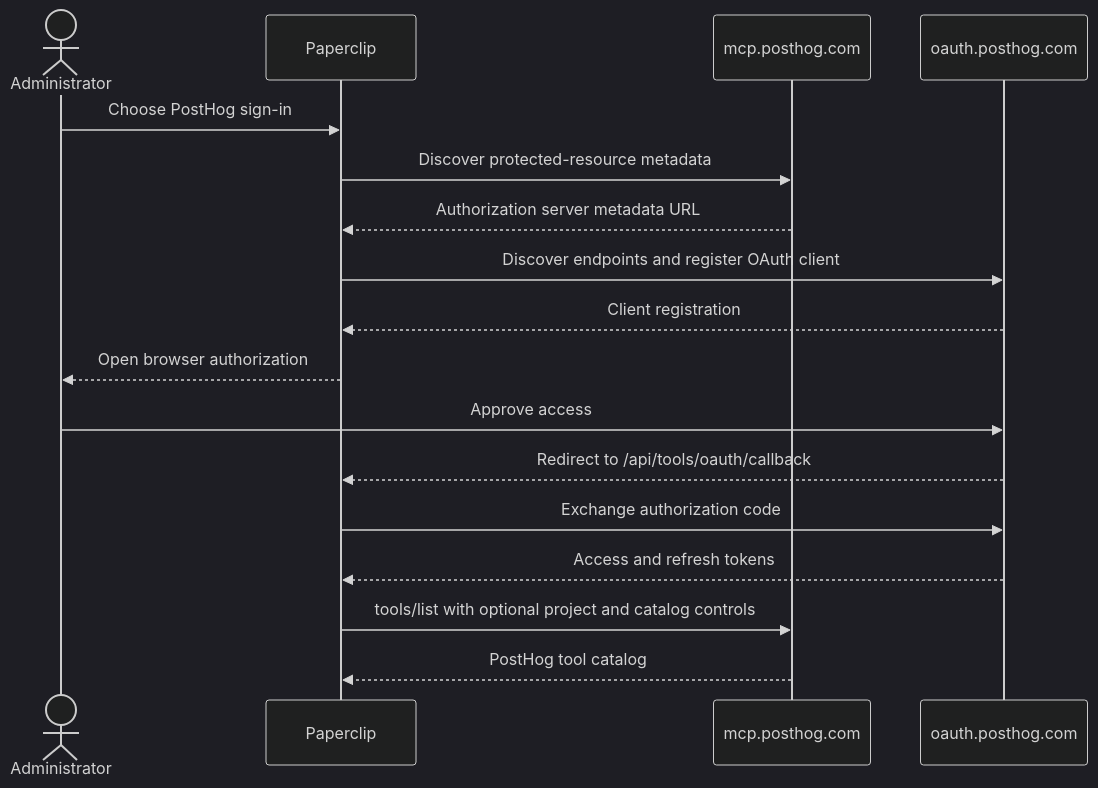
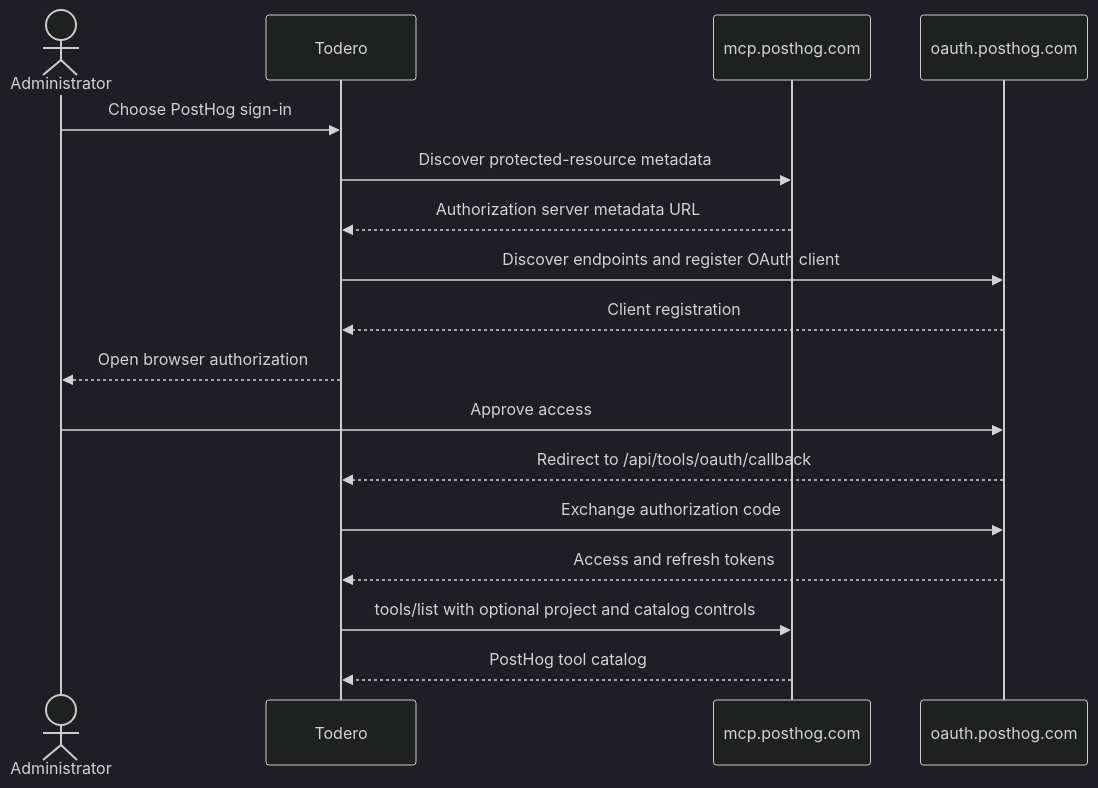
One commit to nabitllc/todero changed the diagram in doc/connections/POSTHOG.md. Above: the diagram before and after it, drawn with Mermaid (dark theme). The commit also changed other lines of this file and 3232 other files, not shown here.

````diff
--- a/doc/connections/POSTHOG.md
+++ b/doc/connections/POSTHOG.md
@@ -34,20 +34,20 @@
 ```mermaid
 sequenceDiagram
     actor A as Administrator
-    participant P as Paperclip
+    participant P as Todero
     participant M as mcp.posthog.com
     participant O as oauth.posthog.com
 
     A->>P: Choose PostHog sign-in
     P->>M: Discover protected-resource metadata
     M-->>P: Authorization server metadata URL
     P->>O: Discover endpoints and register OAuth client
     O-->>P: Client registration
     P-->>A: Open browser authorization
     A->>O: Approve access
     O-->>P: Redirect to /api/tools/oauth/callback
     P->>O: Exchange authorization code
     O-->>P: Access and refresh tokens
     P->>M: tools/list with optional project and catalog controls
     M-->>P: PostHog tool catalog
 ```
````
